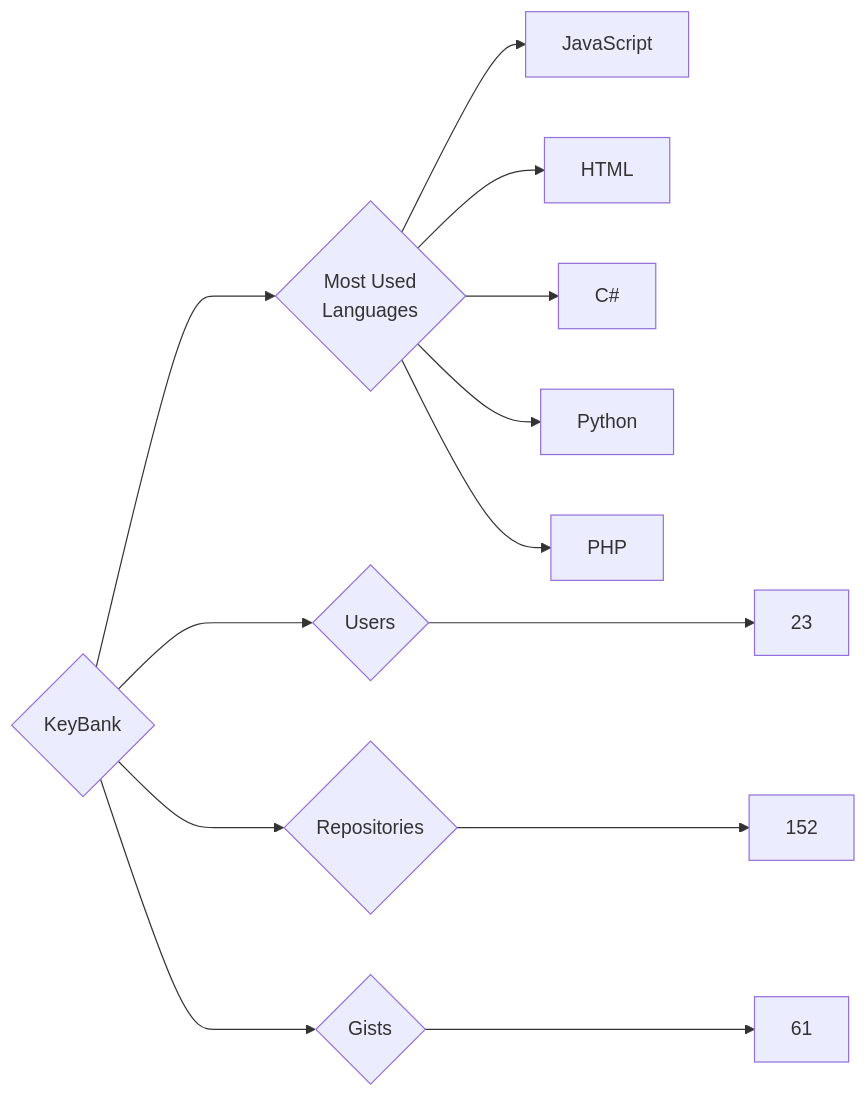
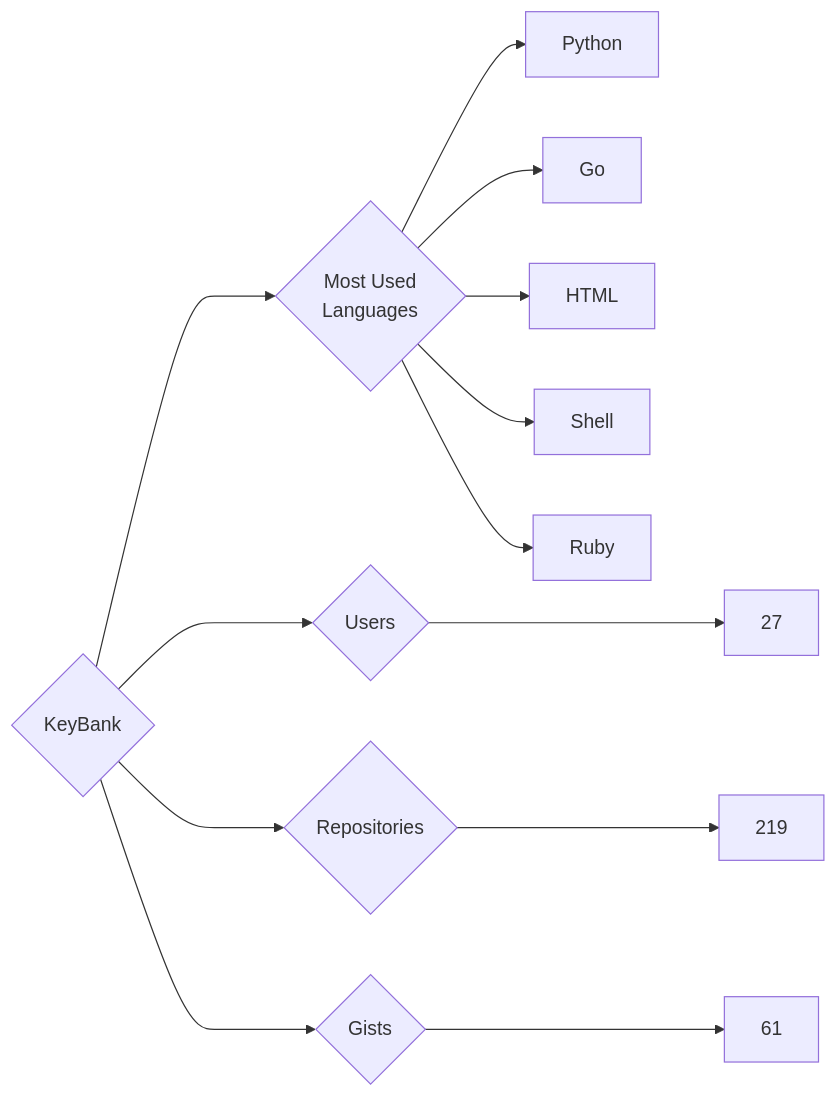
One commit to trickest/insiders changed the diagram in targets/KeyBank/README.md. Above: the diagram before and after it, drawn with Mermaid. The commit also changed 644 other files, not shown here.

````diff
--- a/targets/KeyBank/README.md
+++ b/targets/KeyBank/README.md
@@ -3,13 +3,13 @@
 ```mermaid
 graph LR
 COMPANY_NAME{KeyBank}
-COMPANY_NAME ---> U{Users} ---> UN[23]
-COMPANY_NAME ---> R{Repositories} ---> RN[152]
+COMPANY_NAME ---> U{Users} ---> UN[27]
+COMPANY_NAME ---> R{Repositories} ---> RN[219]
 COMPANY_NAME ---> G{Gists} ---> GN[61]
 COMPANY_NAME ---> ML{Most Used<br>Languages}
-ML --> JavaScript[JavaScript]
+ML --> Python[Python]
+ML --> Go[Go]
 ML --> HTML[HTML]
-ML --> C#[C#]
-ML --> Python[Python]
-ML --> PHP[PHP]
+ML --> Shell[Shell]
+ML --> Ruby[Ruby]
 ```
````
